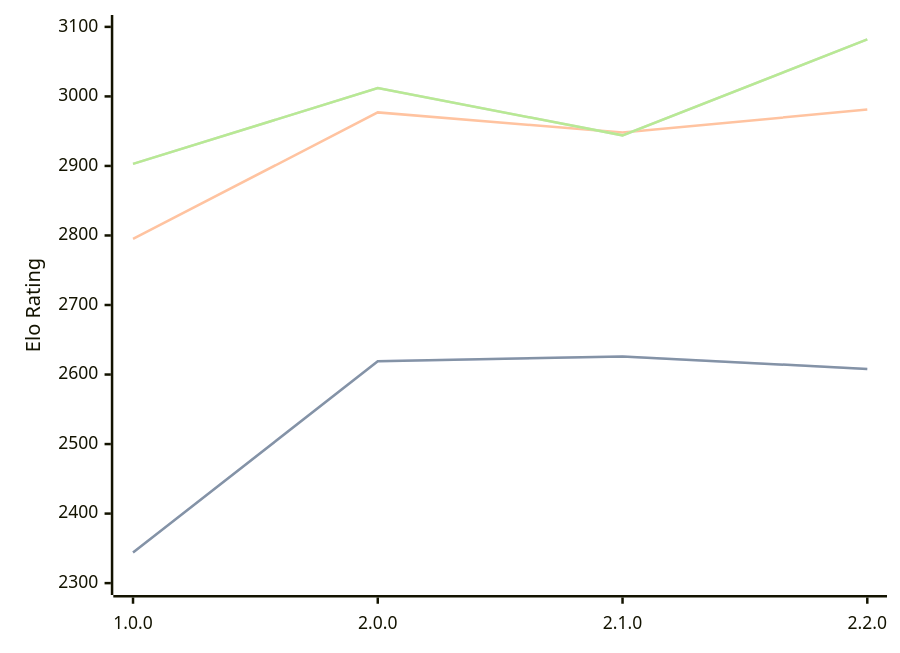
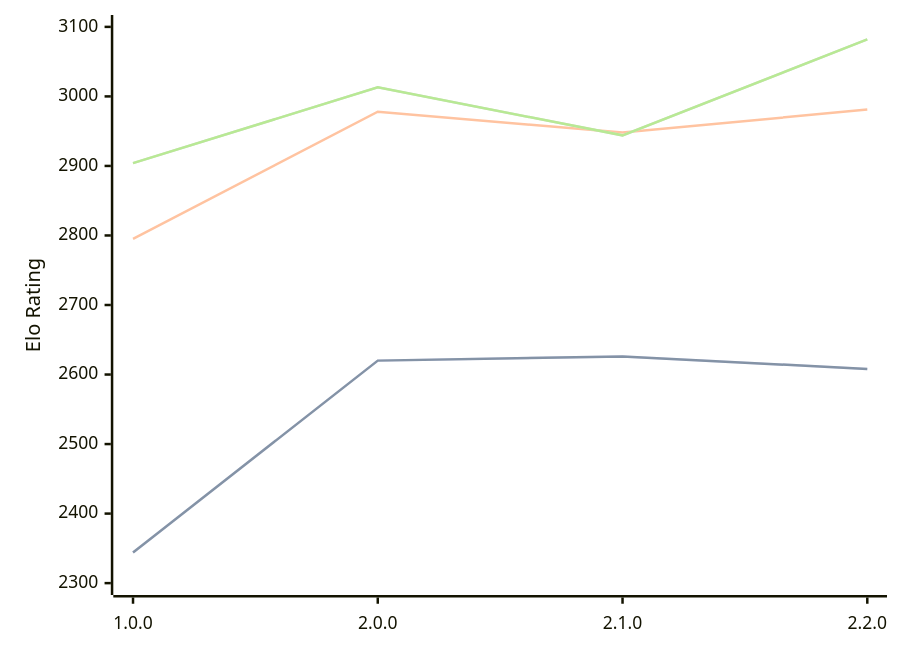
The diagram in engines/Catalyst.md (computer-chess-index/cci), drawn with Mermaid before and after one commit. The commit also changed other lines of this file, not shown here.

Commit message:
Update CCI Ratings (ELO VLTC) - 2026-04-07

````diff
--- a/engines/Catalyst.md
+++ b/engines/Catalyst.md
@@ -34,11 +34,11 @@
 ```mermaid
 %%{init: {"theme":"base","themeVariables":{"seriesColors:['#a3a3a3','#222221','#faa371']}}}%%
 xychart-beta
   x-axis ["1.0.0", "2.0.0", "2.1.0", "2.2.0"]
   y-axis "Elo Rating" 2300 --> 3100
-  line "STC (8.0+0.08s)" [2344, 2619, 2626, 2608]
-  line "STC (8.0+0.08s)" [2344, 2619, 2626, 2608]
-  line "LTC (60.0+0.60s)" [2795, 2977, 2948, 2981]
-  line "VLTC (2m24s+1.12s)" [2903, 3012, 2944, 3082]
-  line "VLTC (2m24s+1.12s)" [2903, 3012, 2944, 3082]
+  line "STC (8.0+0.08s)" [2344, 2620, 2626, 2608]
+  line "STC (8.0+0.08s)" [2344, 2620, 2626, 2608]
+  line "LTC (60.0+0.60s)" [2795, 2978, 2948, 2981]
+  line "VLTC (2m24s+1.12s)" [2904, 3013, 2944, 3082]
+  line "VLTC (2m24s+1.12s)" [2904, 3013, 2944, 3082]
 ```
````
